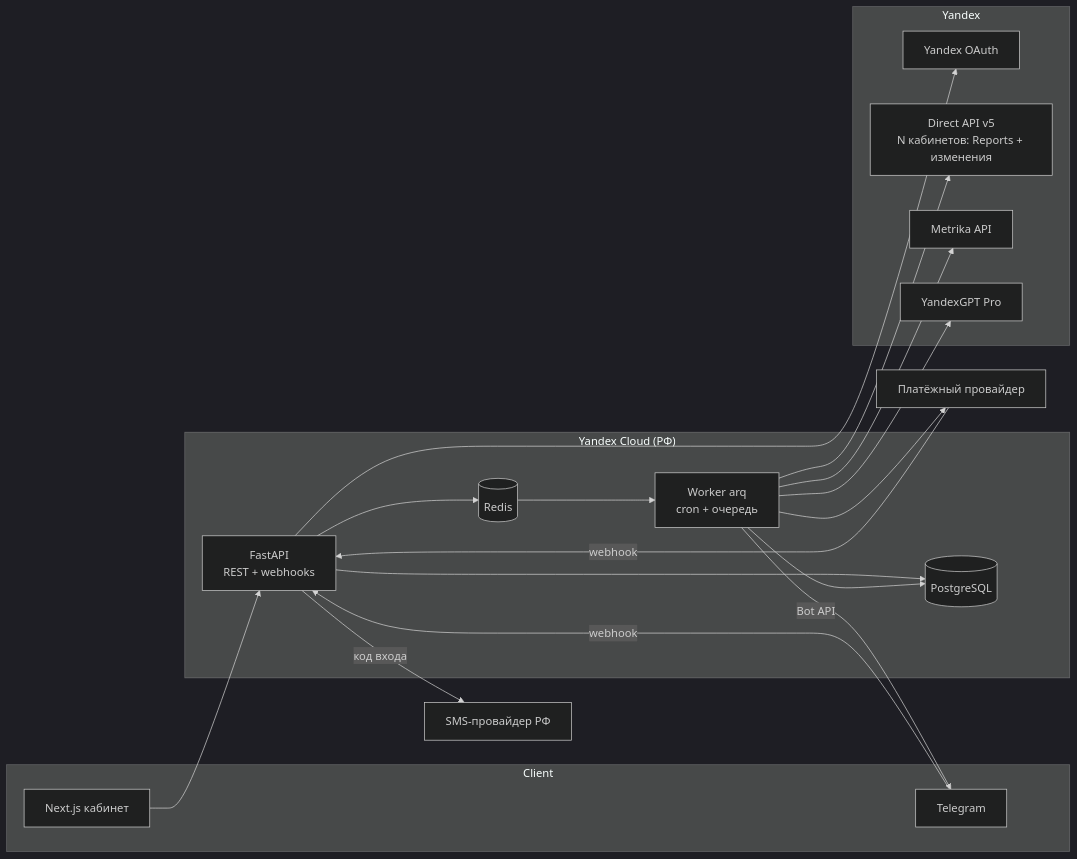
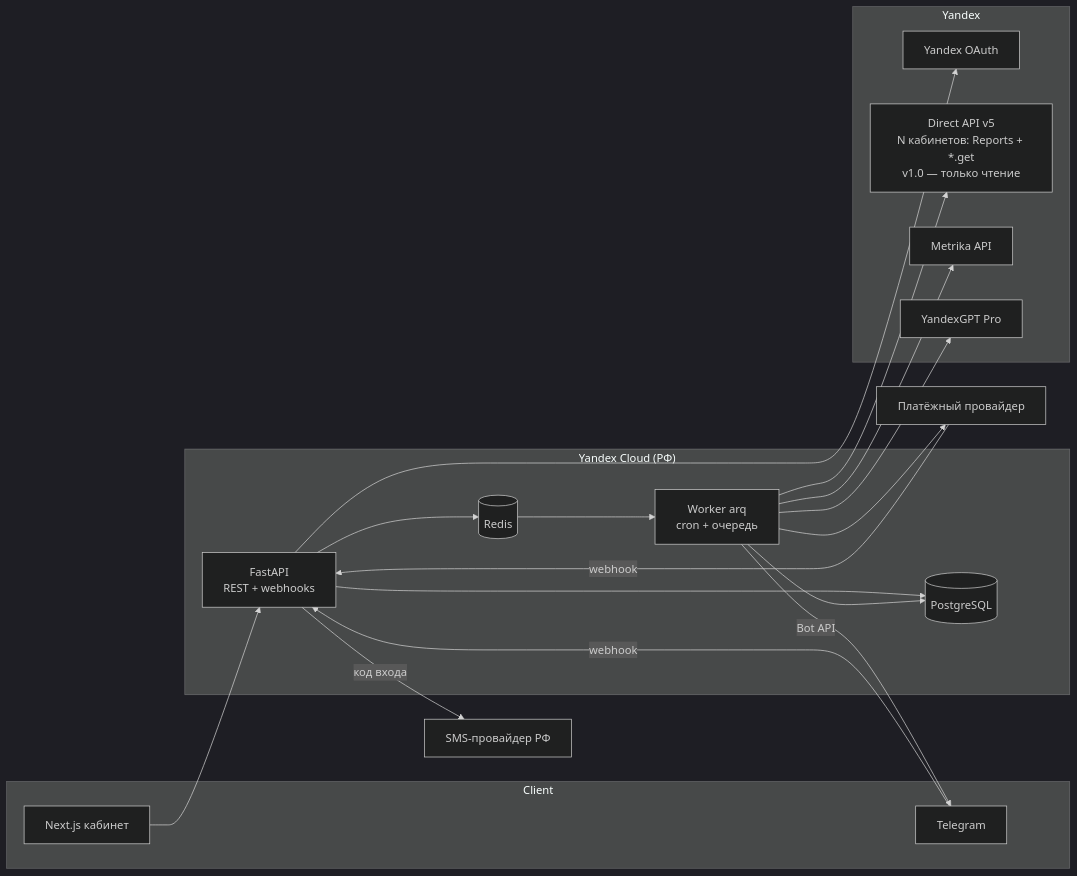
One commit to woorldmun-commits/ai-direct changed the diagram in docs/ARCHITECTURE.md. Above: the diagram before and after it, drawn with Mermaid (dark theme). The commit also changed other lines of this file and 6 other files, not shown here.

````diff
--- a/docs/ARCHITECTURE.md
+++ b/docs/ARCHITECTURE.md
@@ -7,36 +9,36 @@
 ```mermaid
 flowchart LR
   subgraph Client
     WEB[Next.js кабинет]
     TG[Telegram]
   end
 
   subgraph RF["Yandex Cloud (РФ)"]
     API[FastAPI<br/>REST + webhooks]
     WRK[Worker arq<br/>cron + очередь]
     PG[(PostgreSQL)]
     RD[(Redis)]
   end
 
   subgraph Yandex
     OAUTH[Yandex OAuth]
-    DIRECT[Direct API v5<br/>N кабинетов: Reports + изменения]
+    DIRECT[Direct API v5<br/>N кабинетов: Reports + *.get<br/>v1.0 — только чтение]
     METRIKA[Metrika API]
     YGPT[YandexGPT Pro]
   end
 
   PAY[Платёжный провайдер]
   SMS[SMS-провайдер РФ]
 
   WEB --> API
   API -->|код входа| SMS
   TG -->|webhook| API
   API --> PG & RD
   WRK --> PG
   RD --> WRK
   API --> OAUTH
   WRK --> DIRECT & METRIKA & YGPT
   WRK -->|Bot API| TG
   PAY -->|webhook| API
   WRK --> PAY
 ```
````
